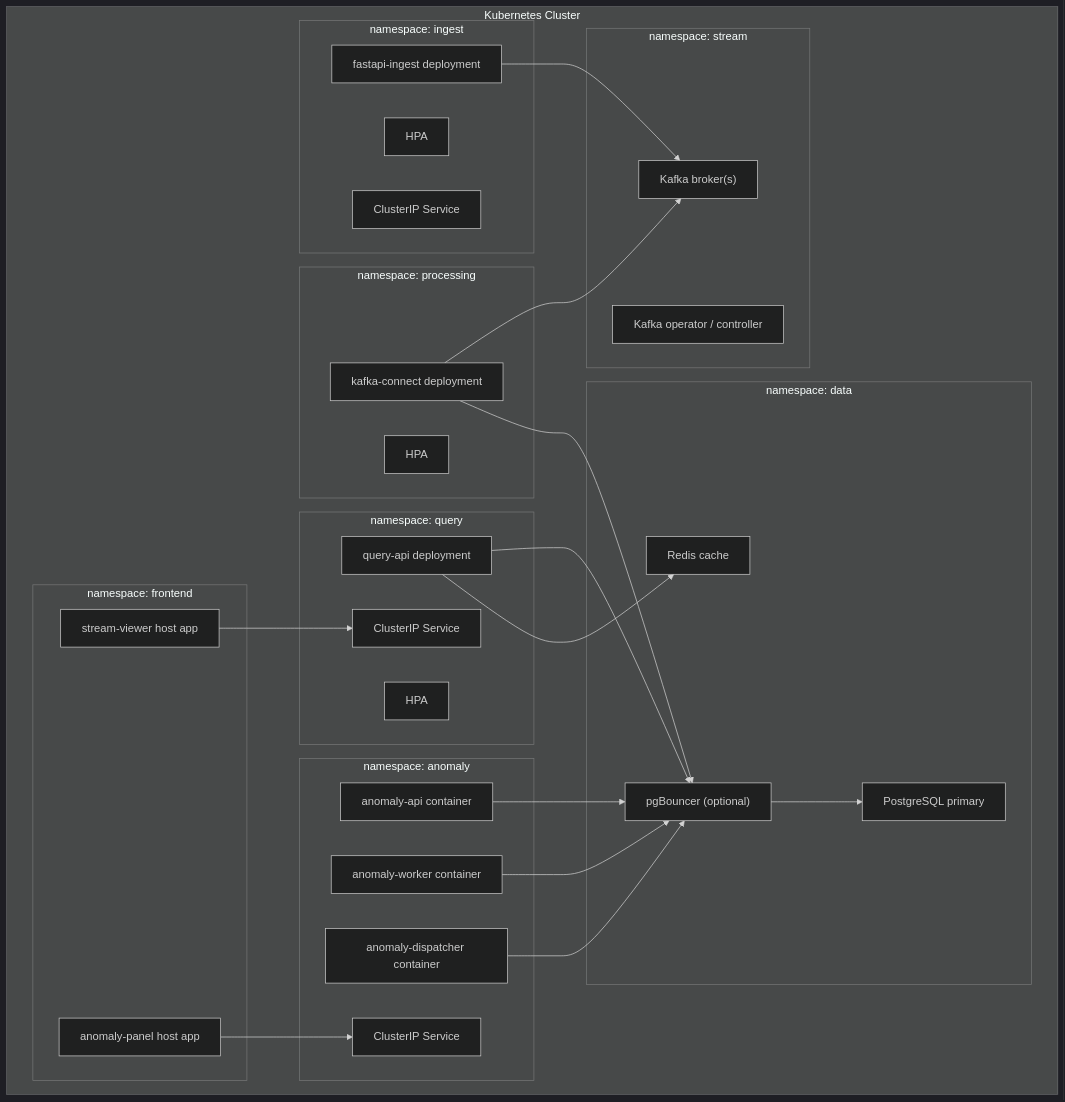
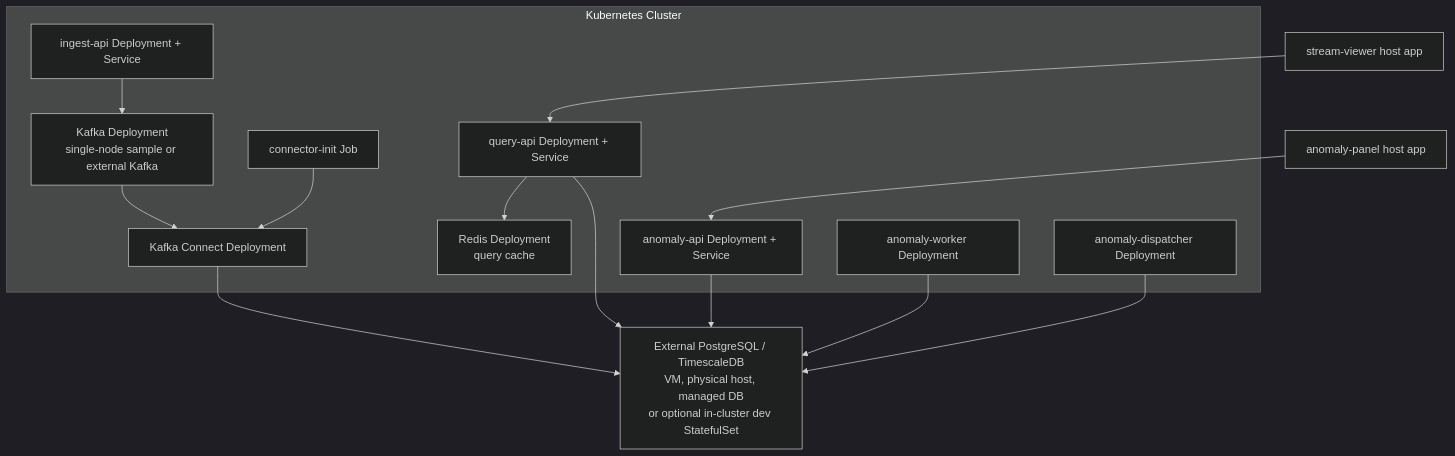
One commit to donghoonpark/aetus changed the fifth of 5 diagrams in docs/01-overview.md. Above: the diagram before and after it, drawn with Mermaid (dark theme). The commit also changed 25 other files, not shown here.

Commit message:
Add minimal Kubernetes Helm chart

````diff
--- a/docs/01-overview.md
+++ b/docs/01-overview.md
@@ -339,56 +339,30 @@
 ```mermaid
 flowchart TB
     subgraph K8S["Kubernetes Cluster"]
-        subgraph NS1["namespace: ingest"]
-            ING["fastapi-ingest deployment"]
-            HPA1["HPA"]
-            SVC1["ClusterIP Service"]
-        end
-
-        subgraph NS2["namespace: stream"]
-            K1["Kafka broker(s)"]
-            K2["Kafka operator / controller"]
-        end
-
-        subgraph NS3["namespace: processing"]
-            KC["kafka-connect deployment"]
-            HPA2["HPA"]
-        end
-
-        subgraph NS4["namespace: data"]
-            PG1["PostgreSQL primary"]
-            PGB["pgBouncer (optional)"]
-            RDS["Redis cache"]
-        end
-
-        subgraph NS5["namespace: query"]
-            QAPI["query-api deployment"]
-            HPA3["HPA"]
-            QSvc["ClusterIP Service"]
-        end
-
-        subgraph NS6["namespace: anomaly"]
-            ANAPI["anomaly-api container"]
-            ANWORK["anomaly-worker container"]
-            ANDISP["anomaly-dispatcher container"]
-            ASvc["ClusterIP Service"]
-        end
-
-        subgraph NS7["namespace: frontend"]
-            VIEW["stream-viewer host app"]
-            APV["anomaly-panel host app"]
-        end
+        ING["ingest-api Deployment + Service"]
+        K1["Kafka Deployment<br/>single-node sample or external Kafka"]
+        KC["Kafka Connect Deployment"]
+        CINIT["connector-init Job"]
+        QAPI["query-api Deployment + Service"]
+        RDS["Redis Deployment<br/>query cache"]
+        ANAPI["anomaly-api Deployment + Service"]
+        ANWORK["anomaly-worker Deployment"]
+        ANDISP["anomaly-dispatcher Deployment"]
     end
 
+    PG1["External PostgreSQL / TimescaleDB<br/>VM, physical host, managed DB<br/>or optional in-cluster dev StatefulSet"]
+    VIEW["stream-viewer host app"]
+    APV["anomaly-panel host app"]
+
     ING --> K1
-    KC --> K1
-    KC --> PGB
-    PGB --> PG1
-    QAPI --> PGB
+    K1 --> KC
+    CINIT --> KC
+    KC --> PG1
+    QAPI --> PG1
     QAPI --> RDS
-    ANAPI --> PGB
-    ANWORK --> PGB
-    ANDISP --> PGB
-    VIEW --> QSvc
-    APV --> ASvc
+    ANAPI --> PG1
+    ANWORK --> PG1
+    ANDISP --> PG1
+    VIEW --> QAPI
+    APV --> ANAPI
 ```
````
